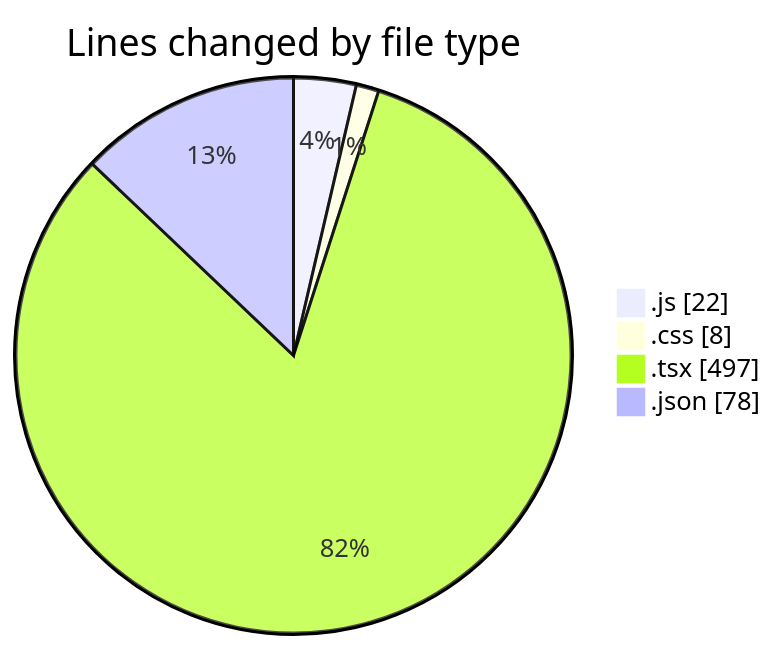
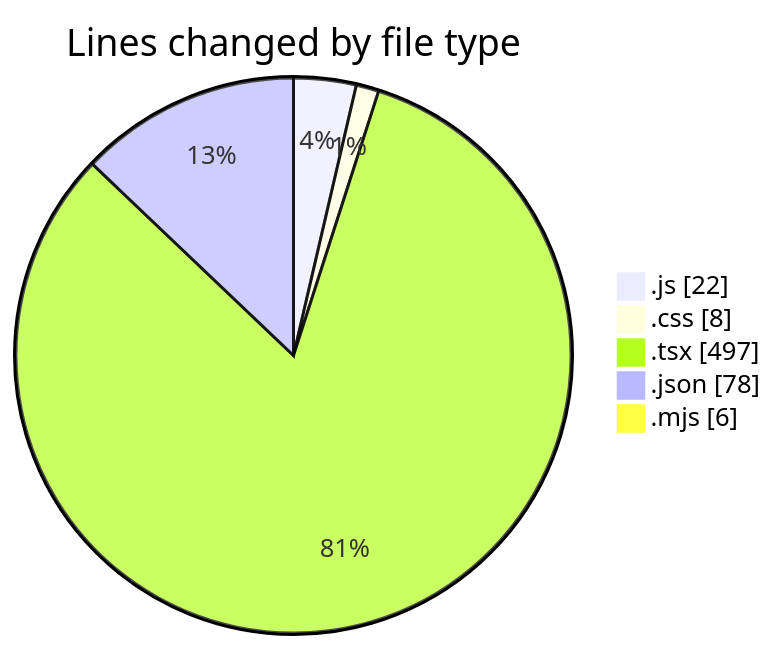
The first of 2 diagrams in 2025-06-19/scopecraft/README.md (Ritupan-Deka/code-tracking), drawn with Mermaid before and after one commit. The commit also changed other lines of this file and 1 other file, not shown here.

````diff
--- a/2025-06-19/scopecraft/README.md
+++ b/2025-06-19/scopecraft/README.md
@@ -33,8 +34,9 @@
 ```mermaid
 pie showData
 title Lines changed by file type
 ".js" : 22
 ".css" : 8
 ".tsx" : 497
 ".json" : 78
+".mjs" : 6
 ```
````
